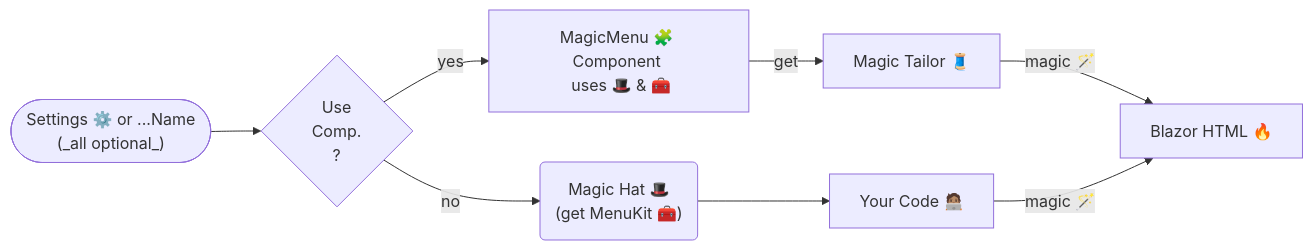
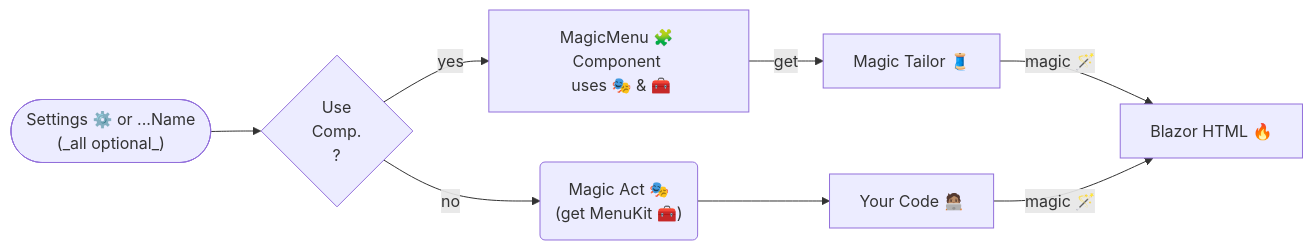
The first of 2 diagrams in docs-src/pages/library/magic-menu/index.md (cre8magic/cre8magic), drawn with Mermaid before and after one commit. The commit also changed other lines of this file and 35 other files, not shown here.

Commit message:
docs MagicHat to MagicAct

````diff
--- a/docs-src/pages/library/magic-menu/index.md
+++ b/docs-src/pages/library/magic-menu/index.md
@@ -47,10 +47,10 @@
 ```mermaid
 flowchart LR
     S(["Settings ⚙️ or ...Name <br> (_all optional_)"]) --> PC{"Use <br> Comp. <br> ?"}
-    PC -- yes --> MC["MagicMenu 🧩 Component <br> uses 🎩 & 🧰"]
+    PC -- yes --> MC["MagicMenu 🧩 Component <br> uses 🎭 & 🧰"]
     MC -- get --> MT["Magic Tailor 🧵"]
     MT -- magic 🪄 --> HTML["Blazor HTML 🔥"]
-    PC -- no --> MH("Magic Hat 🎩 <br> (get MenuKit 🧰)")
+    PC -- no --> MH("Magic Act 🎭 <br> (get MenuKit 🧰)")
     MH --> YC["Your Code 🧑🏽‍💻"]
     YC -- magic 🪄 --> HTML
 ```
````
